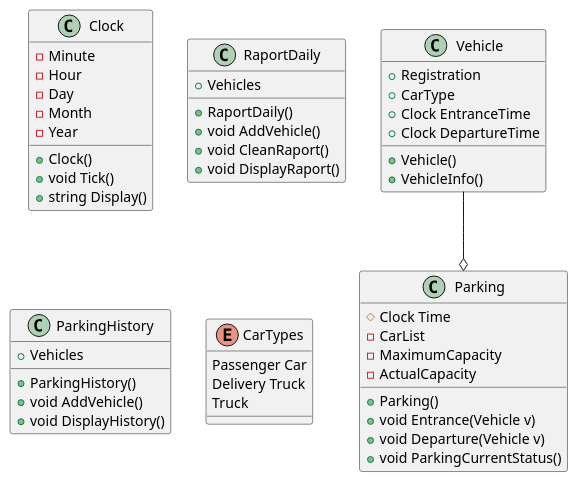
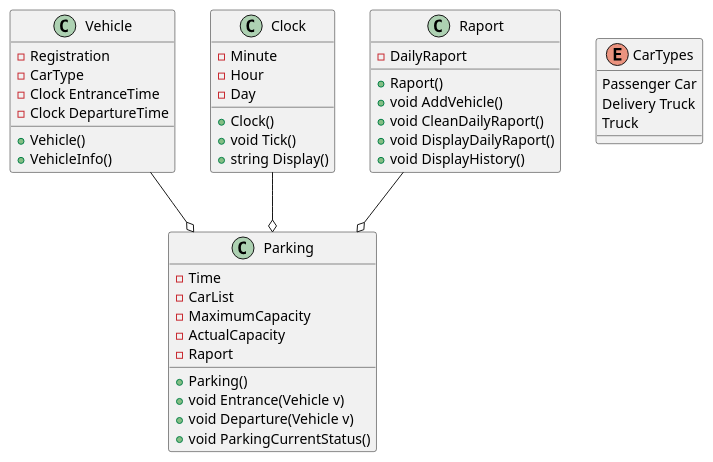
Before and after one commit to adakowicz/projektpo: the diagram in uml.wsd, drawn with PlantUML.

```diff
--- a/uml.wsd
+++ b/uml.wsd
@@ -1,48 +1,47 @@
 @startuml
 
 Vehicle --o Parking
 
-Vehicle : +Registration
-Vehicle : +CarType
-Vehicle : +Clock EntranceTime
-Vehicle : +Clock DepartureTime
+Vehicle : -Registration
+Vehicle : -CarType
+Vehicle : -Clock EntranceTime
+Vehicle : -Clock DepartureTime
 Vehicle : +Vehicle()
 Vehicle : +VehicleInfo()
 
 Clock : -Minute
 Clock : -Hour
 Clock : -Day
-Clock : -Month
-Clock : -Year
 Clock : +Clock()
 Clock : +void Tick()
 Clock : +string Display()
 
-Parking : #Clock Time
+Clock --o Parking
+
+Parking : -Time
 Parking : -CarList
 Parking : -MaximumCapacity
 Parking : -ActualCapacity
+Parking : -Raport
 Parking : +Parking()
 Parking : +void Entrance(Vehicle v)
 Parking : +void Departure(Vehicle v)
 Parking : +void ParkingCurrentStatus()
 
-RaportDaily : +Vehicles
-RaportDaily : +RaportDaily()
-RaportDaily : +void AddVehicle()
-RaportDaily : +void CleanRaport()
-RaportDaily : +void DisplayRaport()
+Raport : -DailyRaport
+Raport : +Raport()
+Raport : +void AddVehicle()
+Raport : +void CleanDailyRaport()
+Raport : +void DisplayDailyRaport()
+Raport : +void DisplayHistory()
 
-ParkingHistory : +Vehicles
-ParkingHistory : +ParkingHistory()
-ParkingHistory : +void AddVehicle()
-ParkingHistory : +void DisplayHistory()
+Raport --o Parking
+
 
 enum CarTypes {
     Passenger Car
     Delivery Truck
     Truck
 }
 
-
 @enduml
```
